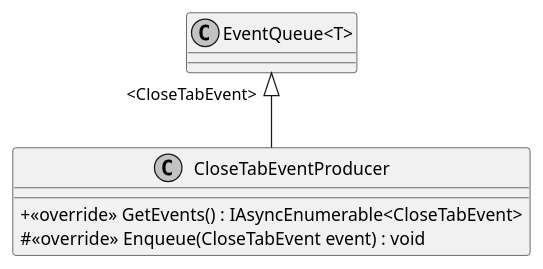
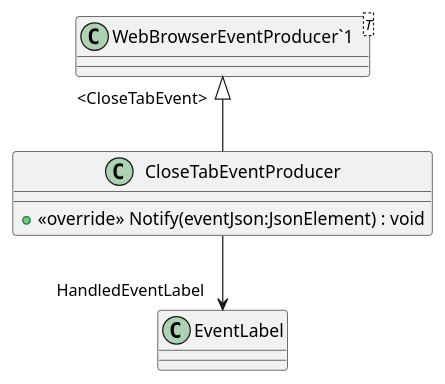
The diagram in application/plantuml/Modules/WebBrowser/Producers/CloseTabEventProducer.puml (insightmind/MORR), drawn with PlantUML before and after one commit. The commit also changed 165 other files, not shown here.

```diff
--- a/application/plantuml/Modules/WebBrowser/Producers/CloseTabEventProducer.puml
+++ b/application/plantuml/Modules/WebBrowser/Producers/CloseTabEventProducer.puml
@@ -1,12 +1,9 @@
 @startuml
-skinparam monochrome true
-skinparam ClassAttributeIconSize 0
-
 class CloseTabEventProducer {
-    + <<override>> GetEvents() : IAsyncEnumerable<CloseTabEvent>
-    # <<override>> Enqueue(CloseTabEvent event) : void
+    + <<override>> Notify(eventJson:JsonElement) : void
 }
-class "EventQueue<T>" {
+class "WebBrowserEventProducer`1"<T> {
 }
-"EventQueue<T>" "<CloseTabEvent>" <|-- CloseTabEventProducer
+"WebBrowserEventProducer`1" "<CloseTabEvent>" <|-- CloseTabEventProducer
+CloseTabEventProducer --> "HandledEventLabel" EventLabel
 @enduml
```
